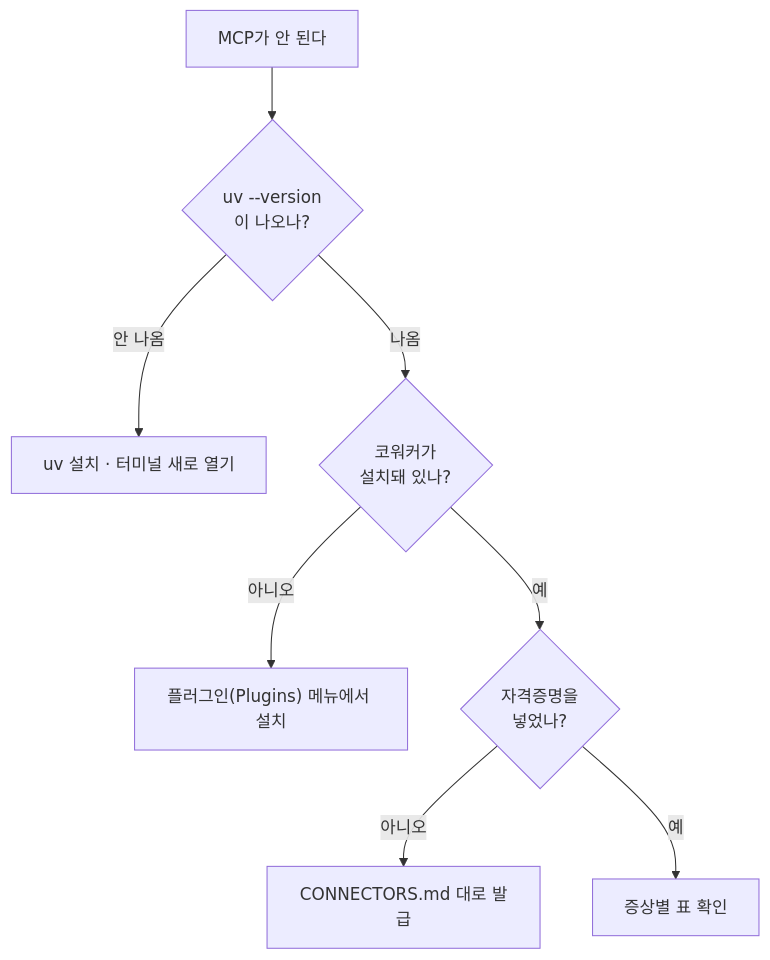
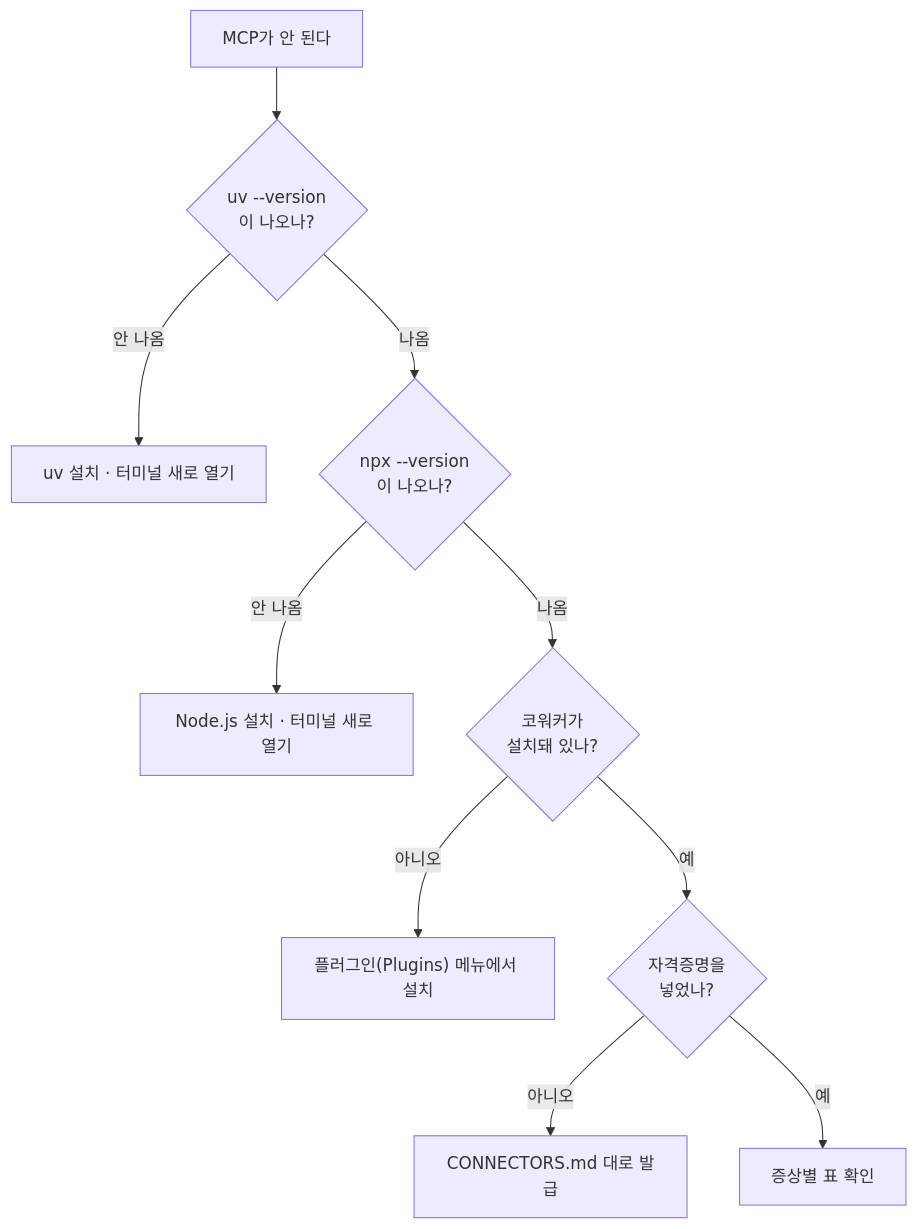
One commit to modu-ai/cowork-plugins changed the diagram in www/content/plugins/mcp/troubleshooting.md. Above: the diagram before and after it, drawn with Mermaid. The commit also changed other lines of this file and 62 other files, not shown here.

````diff
--- a/www/content/plugins/mcp/troubleshooting.md
+++ b/www/content/plugins/mcp/troubleshooting.md
@@ -14,10 +15,12 @@
 ```mermaid
 flowchart TD
    A["MCP가 안 된다"] --> B{"uv --version<br/>이 나오나?"}
    B -->|안 나옴| B1["uv 설치 · 터미널 새로 열기"]
-   B -->|나옴| C{"코워커가<br/>설치돼 있나?"}
+   B -->|나옴| N{"npx --version<br/>이 나오나?"}
+   N -->|안 나옴| N1["Node.js 설치 · 터미널 새로 열기"]
+   N -->|나옴| C{"코워커가<br/>설치돼 있나?"}
    C -->|아니오| C1["플러그인(Plugins) 메뉴에서 설치"]
    C -->|예| D{"자격증명을<br/>넣었나?"}
    D -->|아니오| D1["CONNECTORS.md 대로 발급"]
    D -->|예| E["증상별 표 확인"]
 ```
````
